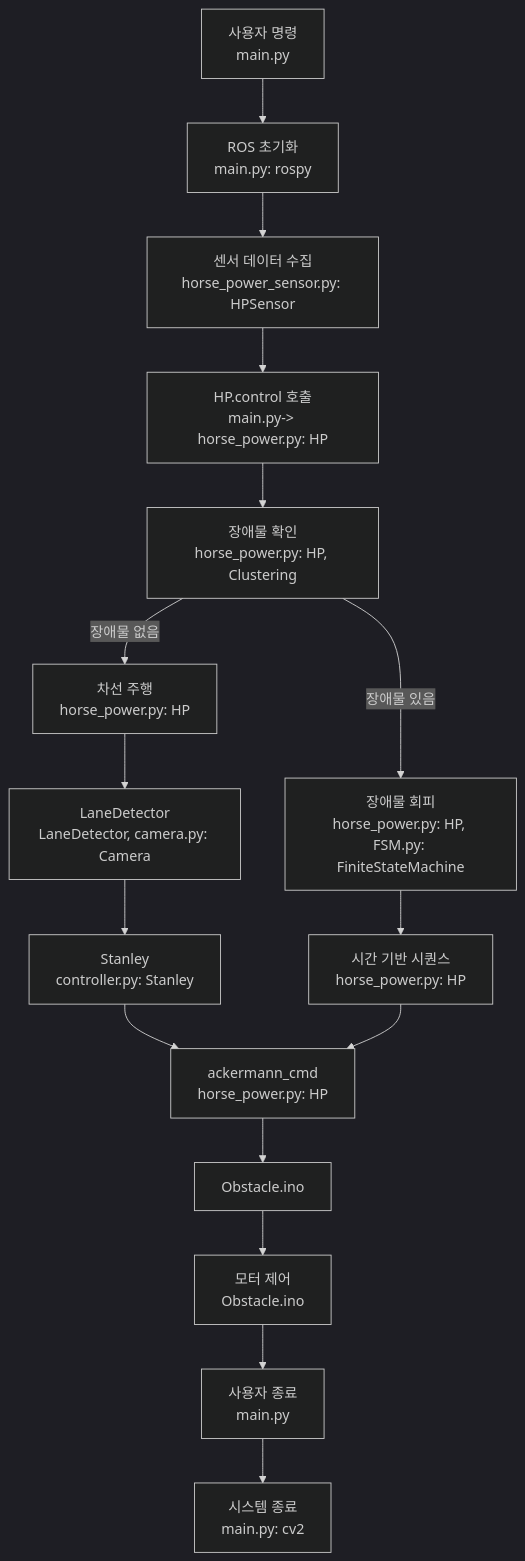
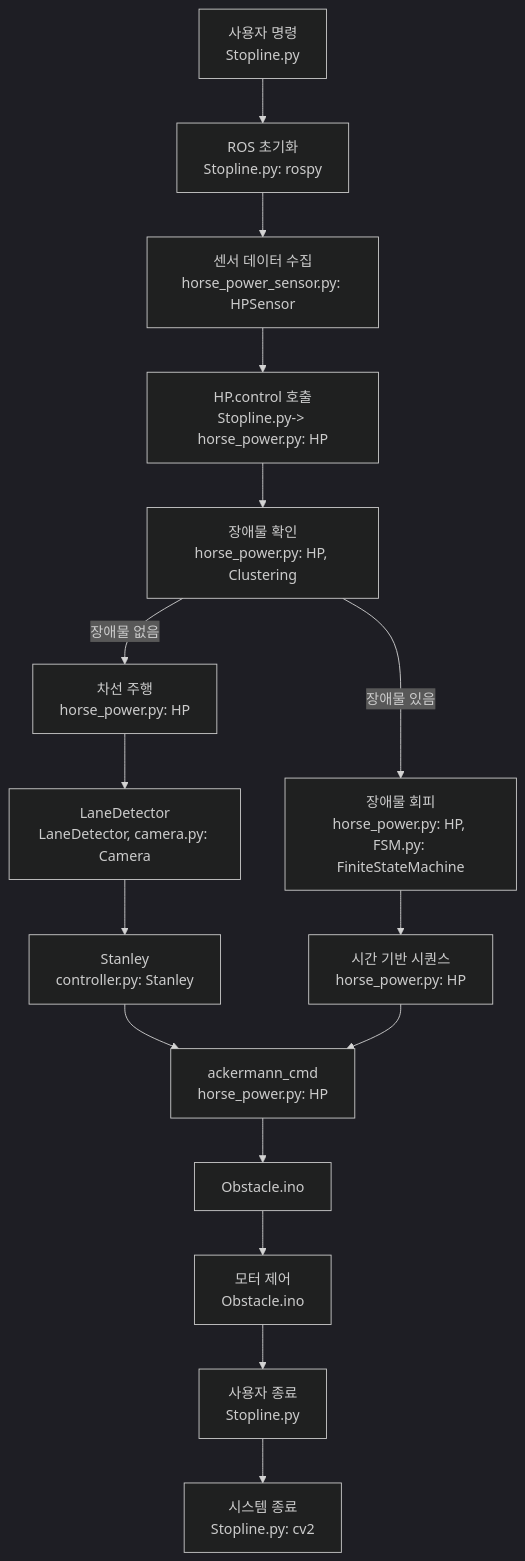
One commit to LeeGeeH/- changed the first of 2 diagrams in README.md. Above: the diagram before and after it, drawn with Mermaid (dark theme). The commit also changed other lines of this file, not shown here.

````diff
--- a/README.md
+++ b/README.md
@@ -44,19 +44,19 @@
 ```mermaid
 graph TD
-    A[사용자 명령<br>main.py] --> B[ROS 초기화<br>main.py: rospy]
+    A[사용자 명령<br>Stopline.py] --> B[ROS 초기화<br>Stopline.py: rospy]
     B --> C[센서 데이터 수집<br>horse_power_sensor.py: HPSensor]
-    C --> D[HP.control 호출<br>main.py-> horse_power.py: HP]
+    C --> D[HP.control 호출<br>Stopline.py-> horse_power.py: HP]
     D --> E[장애물 확인<br>horse_power.py: HP, Clustering]
     E -->|장애물 없음| F[차선 주행<br>horse_power.py: HP]
     E -->|장애물 있음| G[장애물 회피<br>horse_power.py: HP, FSM.py: FiniteStateMachine]
     F --> H[LaneDetector<br>LaneDetector, camera.py: Camera]
     H --> I[Stanley<br>controller.py: Stanley]
     G --> J[시간 기반 시퀀스<br>horse_power.py: HP]
     I --> K[ackermann_cmd<br>horse_power.py: HP]
     J --> K
     K --> L[Obstacle.ino]
     L --> M[모터 제어<br>Obstacle.ino]
-    M --> O[사용자 종료<br>main.py]
-    O --> P[시스템 종료<br>main.py: cv2]
+    M --> O[사용자 종료<br>Stopline.py]
+    O --> P[시스템 종료<br>Stopline.py: cv2]
 
 ```
````
